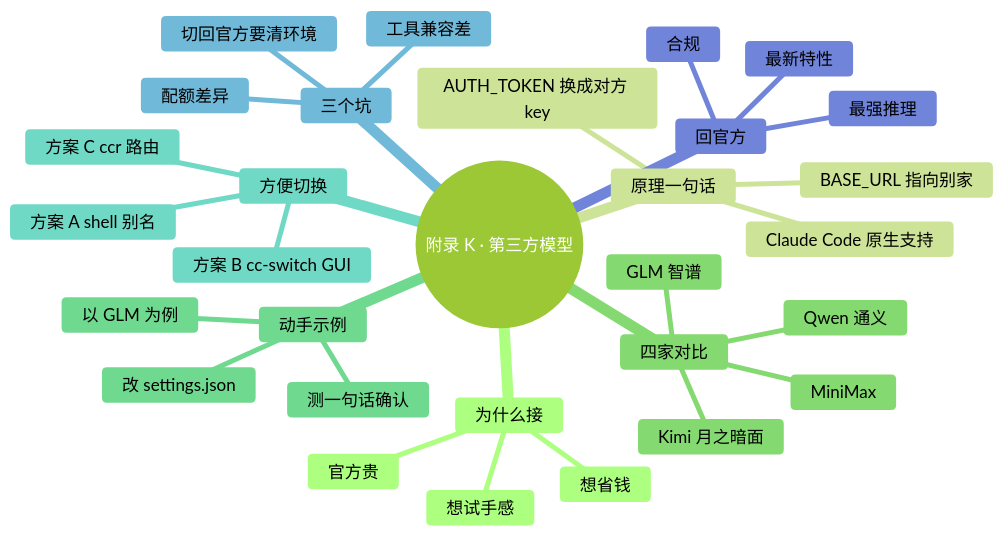
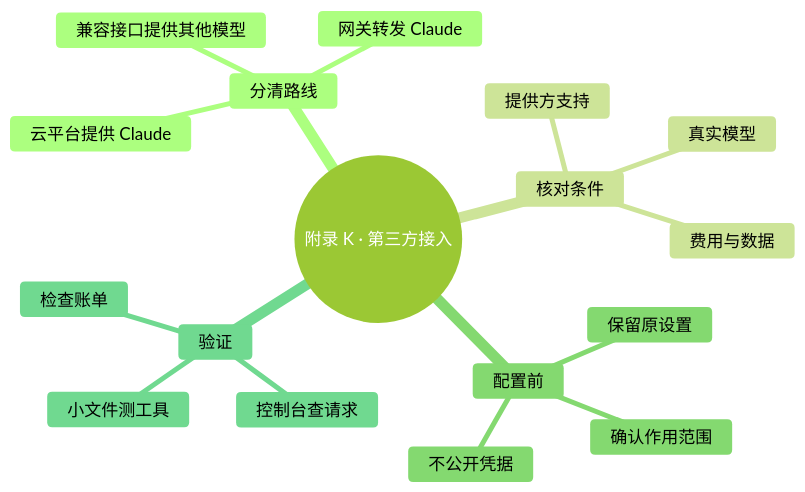
One commit to mali9527/claude-code-full-guide-for-beginners changed the diagram in manuscript/附录/K-第三方模型接入.md. Above: the diagram before and after it, drawn with Mermaid. The commit also changed other lines of this file and 130 other files, not shown here.

Commit message:
更新 Claude Code 九月源稿并接入系列生产工具

````diff
--- a/manuscript/附录/K-第三方模型接入.md
+++ b/manuscript/附录/K-第三方模型接入.md
@@ -8,41 +8,28 @@
 ```mermaid
 ---
 config:
   theme: forest
   themeVariables:
     fontFamily: "-apple-system, 'SF Pro Text', 'PingFang SC', 'Helvetica Neue', sans-serif"
     fontSize: "17px"
     lineColor: "#D9D9D9"
 ---
 mindmap
-  root((附录 K · 第三方模型))
-    为什么接
-      官方贵
-      想省钱
-      想试手感
-    原理一句话
-      BASE_URL 指向别家
-      AUTH_TOKEN 换成对方 key
-      Claude Code 原生支持
-    四家对比
-      GLM 智谱
-      Qwen 通义
-      Kimi 月之暗面
-      MiniMax
-    动手示例
-      以 GLM 为例
-      改 settings.json
-      测一句话确认
-    方便切换
-      方案 A shell 别名
-      方案 B cc-switch GUI
-      方案 C ccr 路由
-    三个坑
-      配额差异
-      工具兼容差
-      切回官方要清环境
-    回官方
-      合规
-      最强推理
-      最新特性
+  root((附录 K · 第三方接入))
+    分清路线
+      云平台提供 Claude
+      网关转发 Claude
+      兼容接口提供其他模型
+    核对条件
+      提供方支持
+      真实模型
+      费用与数据
+    配置前
+      保留原设置
+      确认作用范围
+      不公开凭据
+    验证
+      控制台查请求
+      小文件测工具
+      检查账单
 ```
````
